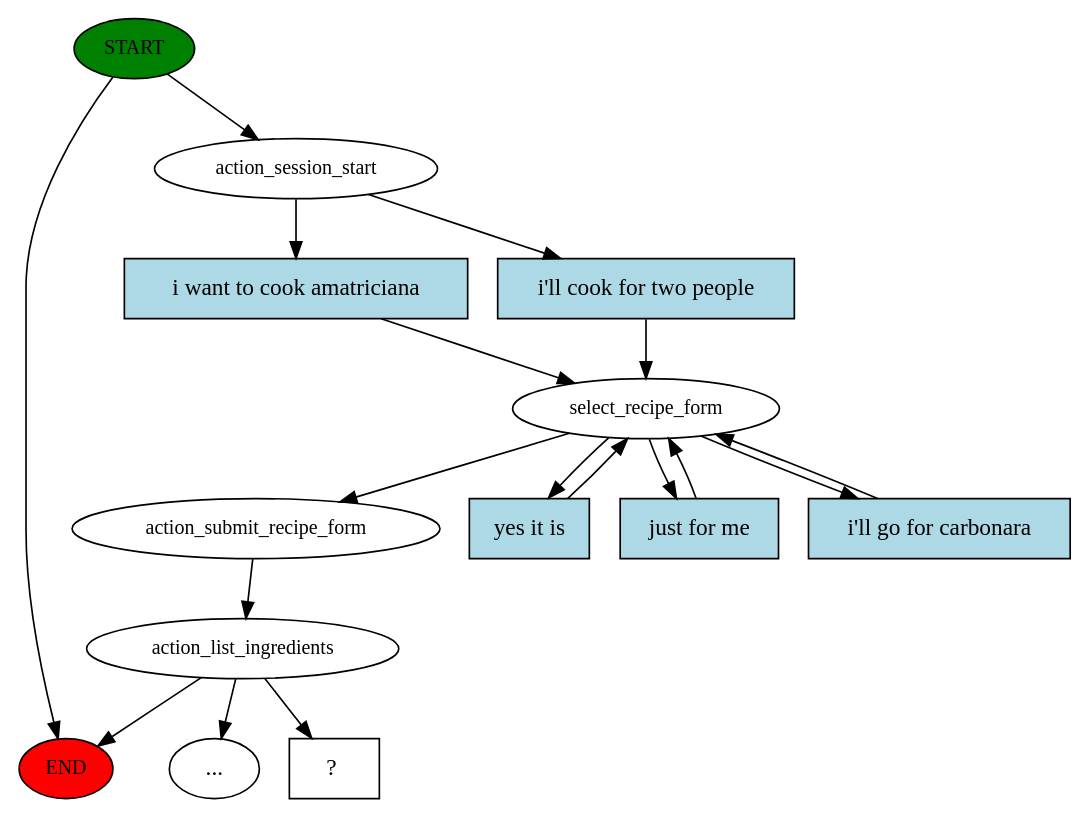
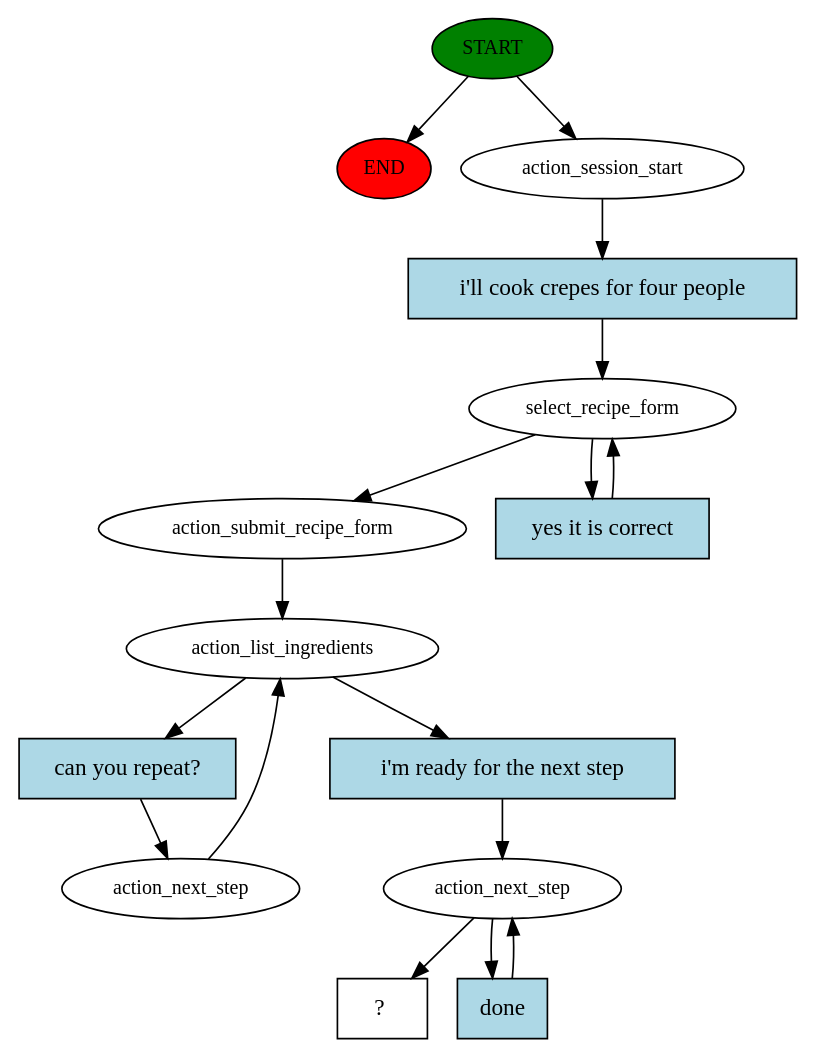
The diagram in story_graph.dot (anrigo/cooking-assistant-hmd), drawn with Graphviz before and after one commit. The commit also changed 4 other files, not shown here.

```diff
--- a/story_graph.dot
+++ b/story_graph.dot
@@ -1,32 +1,32 @@
 digraph  {
 0 [class="start active", fillcolor=green, fontsize=12, label=START, style=filled];
 "-1" [class=end, fillcolor=red, fontsize=12, label=END, style=filled];
 1 [class=active, fontsize=12, label=action_session_start];
 2 [class=active, fontsize=12, label=select_recipe_form];
 4 [class=active, fontsize=12, label=action_submit_recipe_form];
 5 [class=active, fontsize=12, label=action_list_ingredients];
-"-3" [class=ellipsis, label="..."];
-18 [class="intent dashed active", label="  ?  ", shape=rect];
-19 [class=intent, fillcolor=lightblue, label="i want to cook amatriciana", shape=rect, style=filled];
-20 [class="intent active", fillcolor=lightblue, label="i'll cook for two people", shape=rect, style=filled];
-21 [class="intent active", fillcolor=lightblue, label="yes it is", shape=rect, style=filled];
-22 [class=intent, fillcolor=lightblue, label="just for me", shape=rect, style=filled];
-23 [class="intent active", fillcolor=lightblue, label="i'll go for carbonara", shape=rect, style=filled];
+6 [class=active, fontsize=12, label=action_next_step];
+8 [class=active, fontsize=12, label=action_next_step];
+10 [class="intent dashed active", label="  ?  ", shape=rect];
+11 [class="intent active", fillcolor=lightblue, label="i'll cook crepes for four people", shape=rect, style=filled];
+12 [class="intent active", fillcolor=lightblue, label="yes it is correct", shape=rect, style=filled];
+13 [class="intent active", fillcolor=lightblue, label="can you repeat?", shape=rect, style=filled];
+14 [class="intent active", fillcolor=lightblue, label="i'm ready for the next step", shape=rect, style=filled];
+15 [class="intent active", fillcolor=lightblue, label=done, shape=rect, style=filled];
 0 -> "-1"  [class="", key=NONE, label=""];
 0 -> 1  [class=active, key=NONE, label=""];
-1 -> 19  [class="", key=0];
-1 -> 20  [class=active, key=0];
+1 -> 11  [class=active, key=0];
 2 -> 4  [class=active, key=NONE, label=""];
-2 -> 21  [class=active, key=0];
-2 -> 22  [class="", key=0];
-2 -> 23  [class=active, key=0];
+2 -> 12  [class=active, key=0];
 4 -> 5  [class=active, key=NONE, label=""];
-5 -> "-3"  [class="", key=NONE, label=""];
-5 -> "-1"  [class="", key=NONE, label=""];
-5 -> 18  [class=active, key=NONE, label=""];
-19 -> 2  [class="", key=0];
-20 -> 2  [class=active, key=0];
-21 -> 2  [class=active, key=0];
-22 -> 2  [class="", key=0];
-23 -> 2  [class=active, key=0];
+5 -> 13  [class=active, key=0];
+5 -> 14  [class=active, key=0];
+6 -> 5  [class=active, key=NONE, label=""];
+8 -> 10  [class=active, key=NONE, label=""];
+8 -> 15  [class=active, key=0];
+11 -> 2  [class=active, key=0];
+12 -> 2  [class=active, key=0];
+13 -> 6  [class=active, key=0];
+14 -> 8  [class=active, key=0];
+15 -> 8  [class=active, key=0];
 }
```
